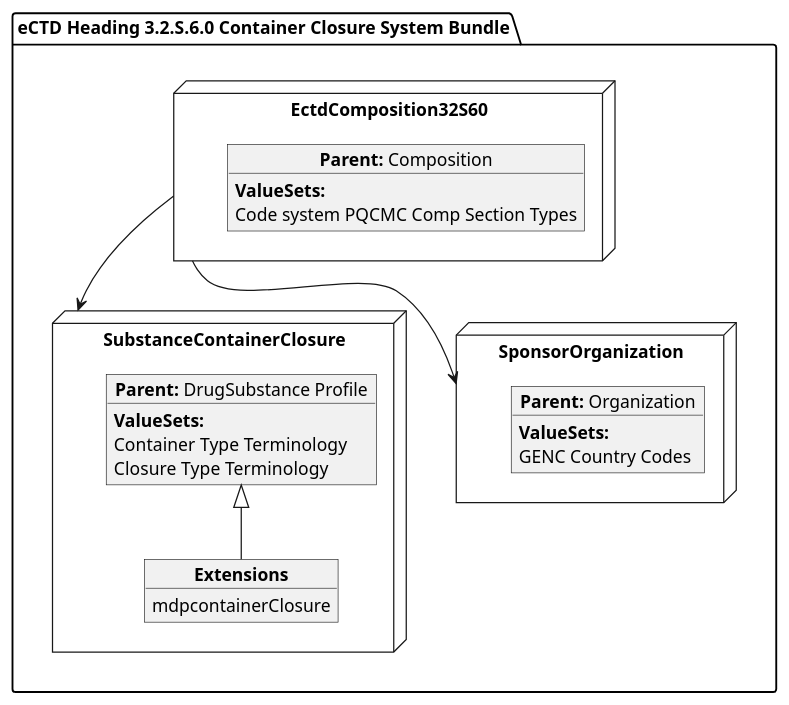
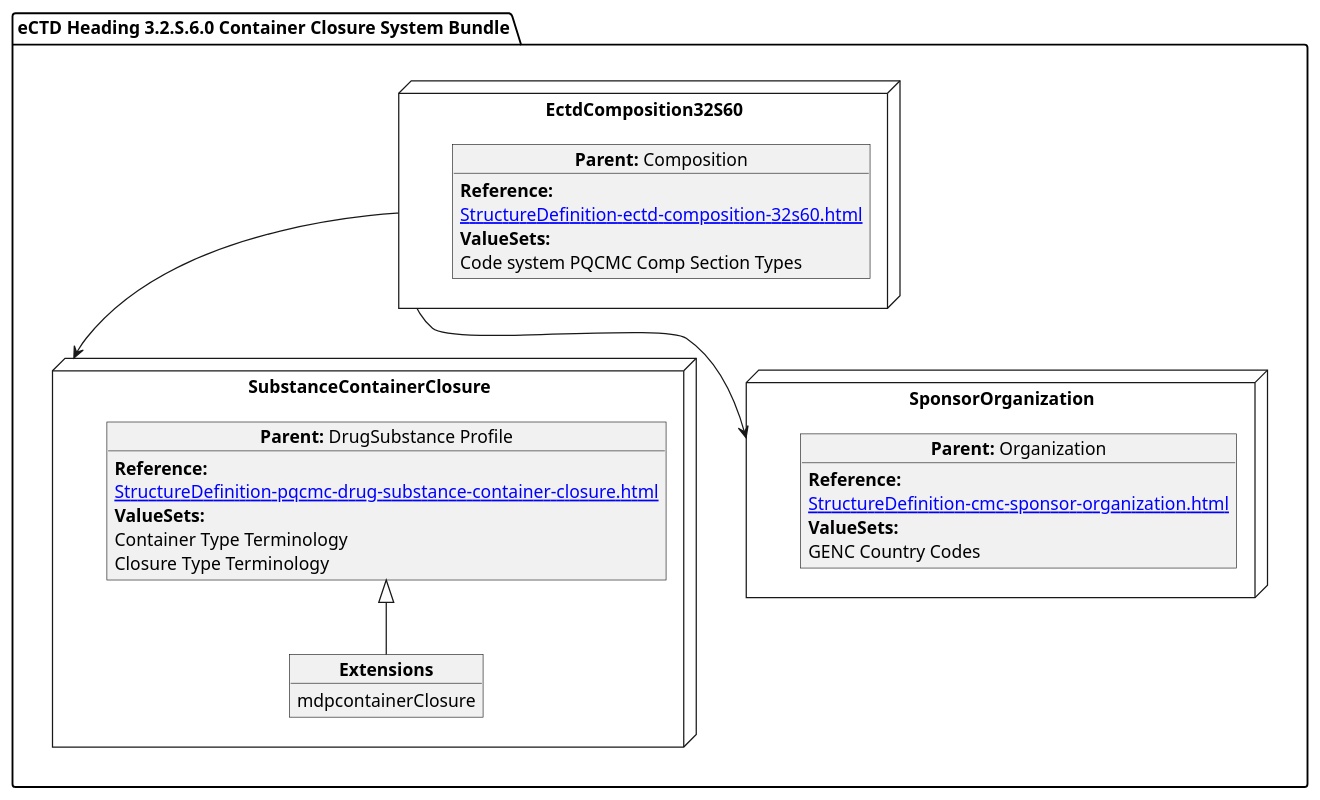
One commit to HL7/FHIR-us-pq-cmc-fda changed the diagram in input/images-source/SubstanceContainer.plantuml. Above: the diagram before and after it, drawn with PlantUML. The commit also changed 40 other files, not shown here.

```diff
--- a/input/images-source/SubstanceContainer.plantuml
+++ b/input/images-source/SubstanceContainer.plantuml
@@ -1,35 +1,41 @@
 @startuml
 allowmixing
 'Mixed model of use case and object
 package "eCTD Heading 3.2.S.6.0 Container Closure System Bundle" as NODES {
  
   node "EctdComposition32S60" as N1 { 
       object "**Parent:** Composition" as obj1 {
+        **Reference:**
+      [[StructureDefinition-ectd-composition-32s60.html]]
       **ValueSets:**
   Code system PQCMC Comp Section Types
     }   
 }
 node "SubstanceContainerClosure" as N21 { 
       object "**Parent:** DrugSubstance Profile" as obj22 {
+          **Reference:**
+      [[StructureDefinition-pqcmc-drug-substance-container-closure.html]]
         **ValueSets:**
         Container Type Terminology
         Closure Type Terminology
     }
     object "**Extensions**" as objEx {
         mdpcontainerClosure
     }
     obj22 <|-- objEx
 }
 
 node "SponsorOrganization" as NSO { 
       object "**Parent:** Organization" as objAu {
+        **Reference:**
+      [[StructureDefinition-cmc-sponsor-organization.html]]
         **ValueSets:**
         GENC Country Codes
     }
 }
 }
 
 N1 --> N21
 N1 --> NSO
 
 @enduml
```
